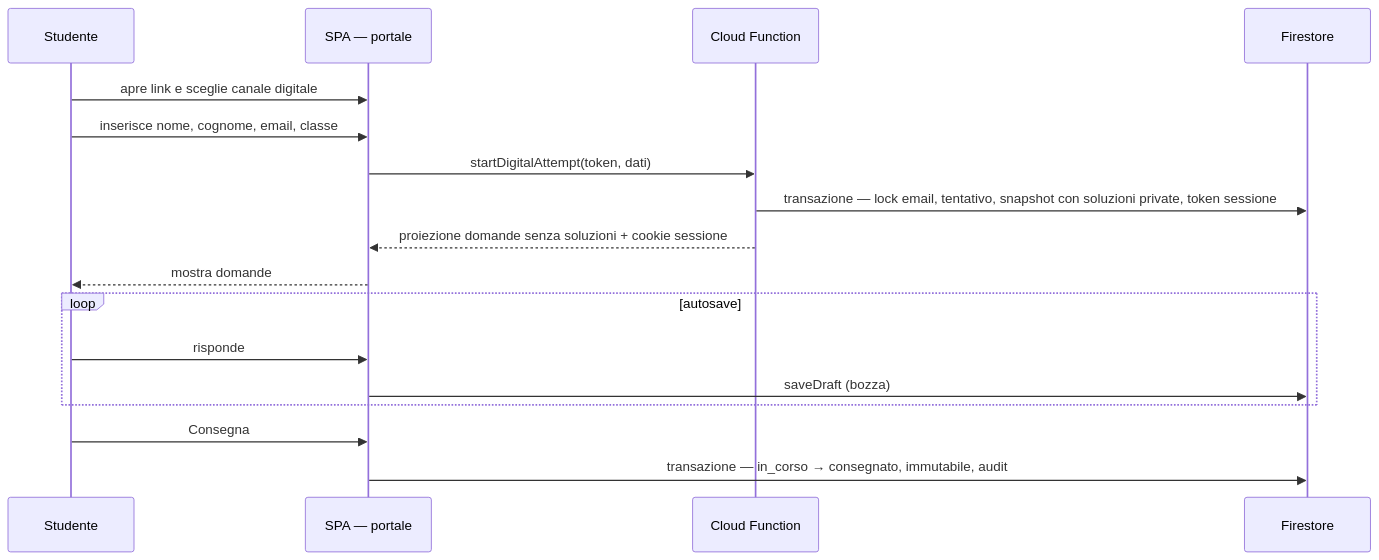
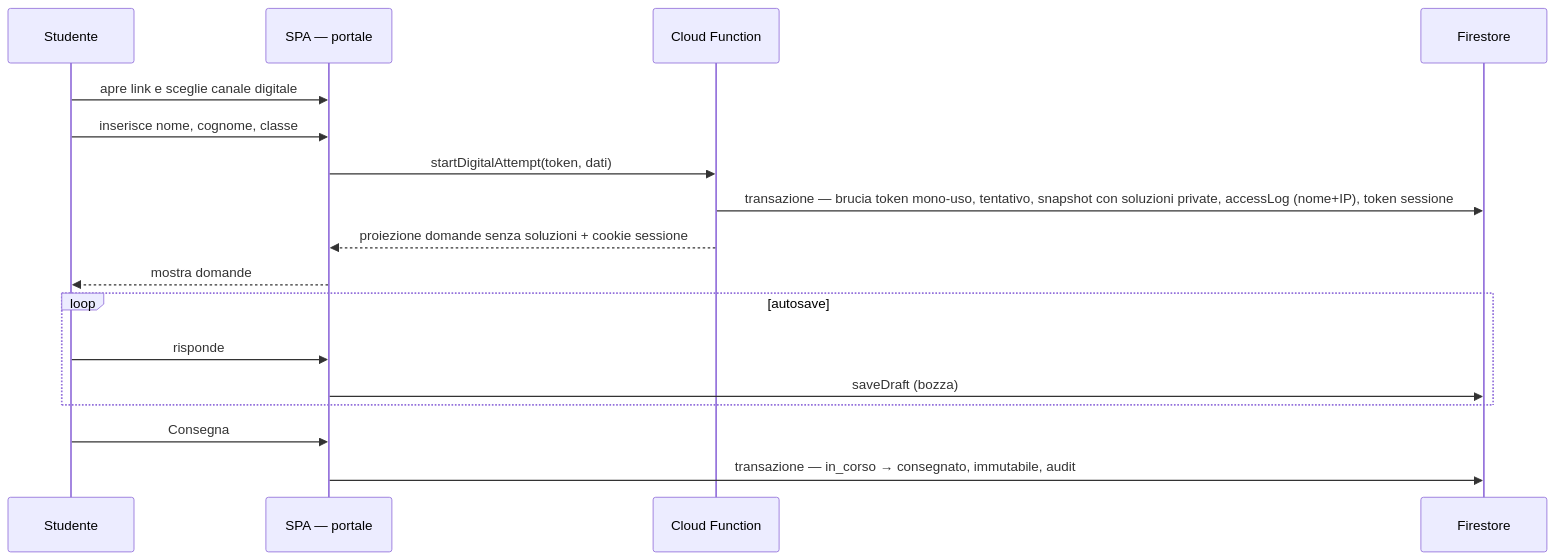
One commit to EnricoPaparo/SchoolForge changed the third of 3 diagrams in documentazione/architettura.md. Above: the diagram before and after it, drawn with Mermaid. The commit also changed other lines of this file and 17 other files, not shown here.

````diff
--- a/documentazione/architettura.md
+++ b/documentazione/architettura.md
@@ -264,22 +270,22 @@
 ```mermaid
 sequenceDiagram
     participant S as Studente
     participant SPA as SPA — portale
     participant CF as Cloud Function
     participant F as Firestore
 
     S->>SPA: apre link e sceglie canale digitale
-    S->>SPA: inserisce nome, cognome, email, classe
+    S->>SPA: inserisce nome, cognome, classe
     SPA->>CF: startDigitalAttempt(token, dati)
-    CF->>F: transazione — lock email, tentativo, snapshot con soluzioni private, token sessione
+    CF->>F: transazione — brucia token mono-uso, tentativo, snapshot con soluzioni private, accessLog (nome+IP), token sessione
     CF-->>SPA: proiezione domande senza soluzioni + cookie sessione
     SPA-->>S: mostra domande
 
     loop autosave
         S->>SPA: risponde
         SPA->>F: saveDraft (bozza)
     end
 
     S->>SPA: Consegna
     SPA->>F: transazione — in_corso → consegnato, immutabile, audit
 ```
````
